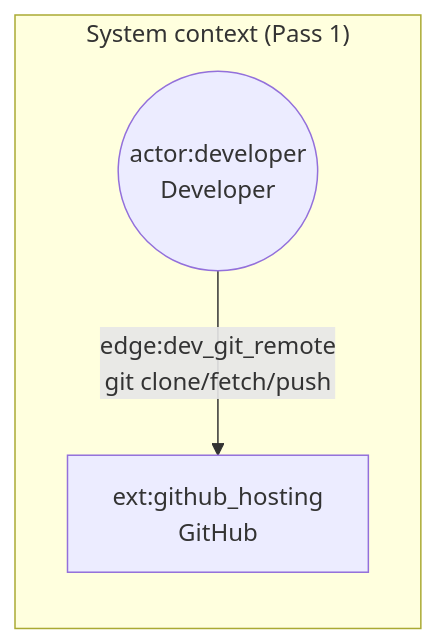
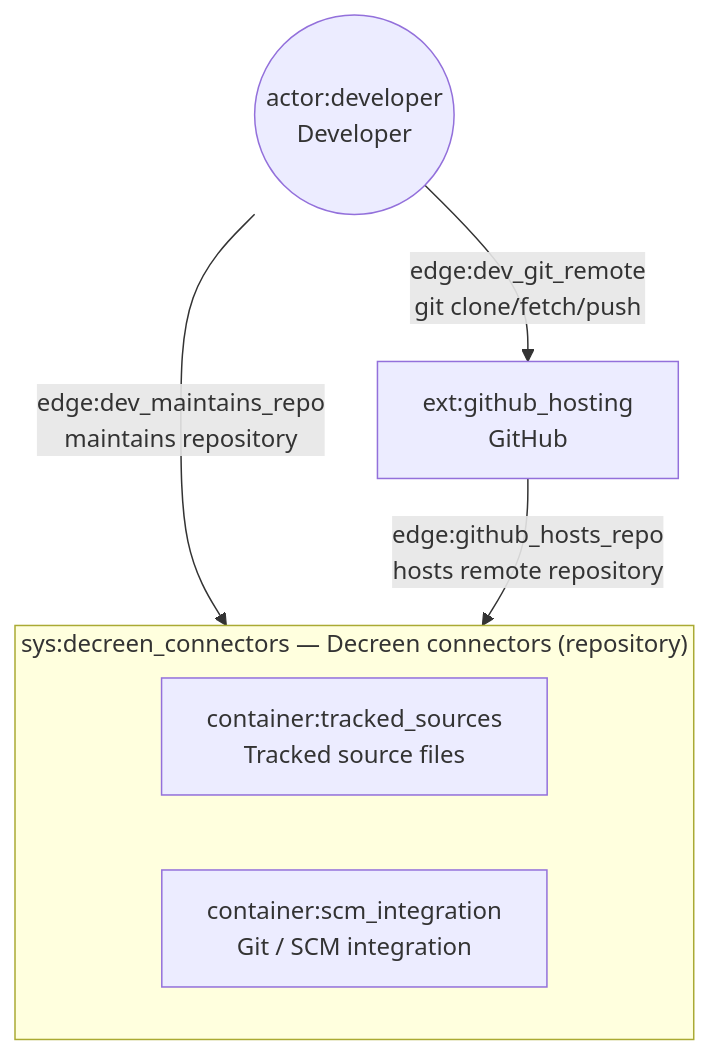
The diagram in docs/c4-live.mermaid.md (Decreen/decreen-connectors), drawn with Mermaid before and after one commit. The commit also changed 3 other files, not shown here.

Commit message:
feat(c4): Pass 2 system boundary and L2 containers

````diff
--- a/docs/c4-live.mermaid.md
+++ b/docs/c4-live.mermaid.md
@@ -3,8 +3,12 @@
 ```mermaid
-flowchart LR
-  subgraph L1["System context (Pass 1)"]
-    dev(("actor:developer\nDeveloper"))
-    gh["ext:github_hosting\nGitHub"]
-    dev -->|"edge:dev_git_remote\ngit clone/fetch/push"| gh
+flowchart TB
+  dev(("actor:developer\nDeveloper"))
+  gh["ext:github_hosting\nGitHub"]
+  subgraph sys_boundary["sys:decreen_connectors — Decreen connectors (repository)"]
+    ctr_src["container:tracked_sources\nTracked source files"]
+    ctr_git["container:scm_integration\nGit / SCM integration"]
   end
+  dev -->|"edge:dev_maintains_repo\nmaintains repository"| sys_boundary
+  gh -->|"edge:github_hosts_repo\nhosts remote repository"| sys_boundary
+  dev -->|"edge:dev_git_remote\ngit clone/fetch/push"| gh
 ```
````
